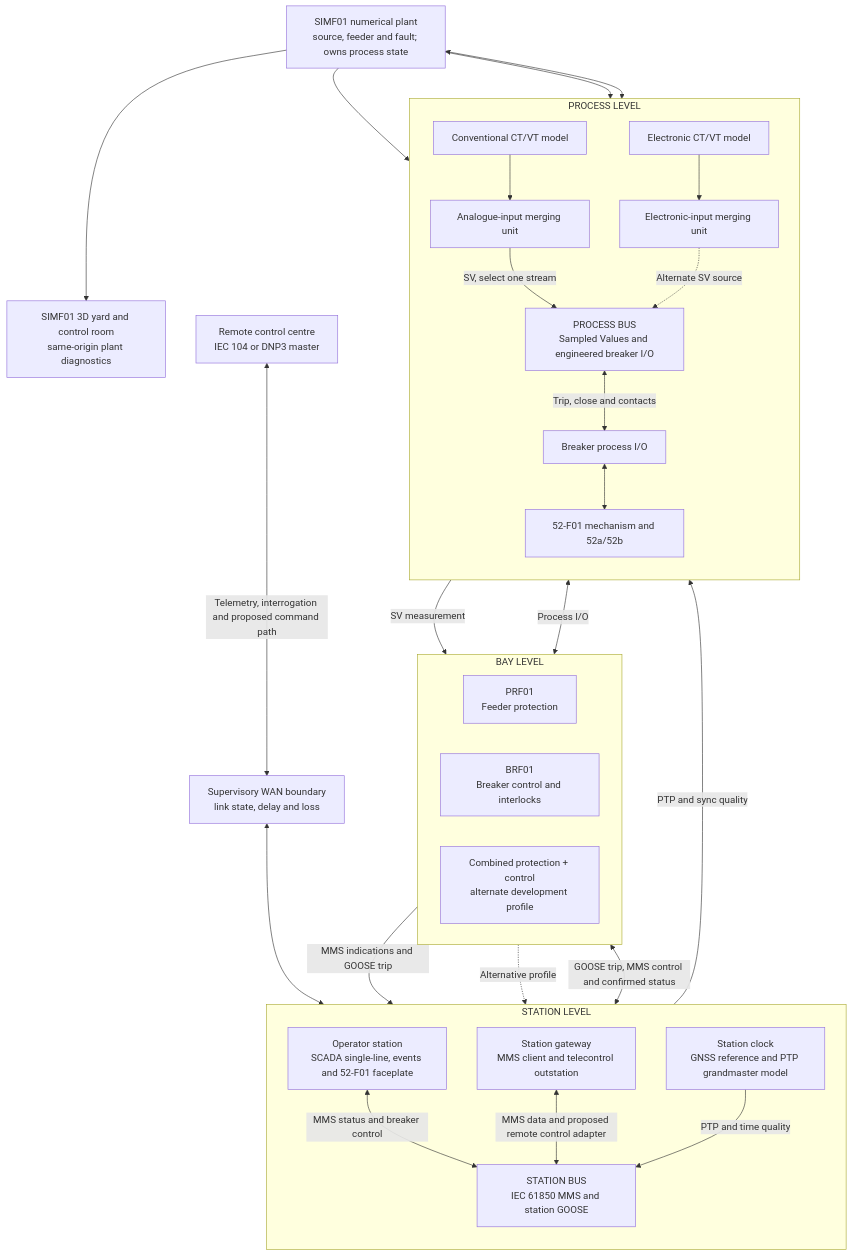
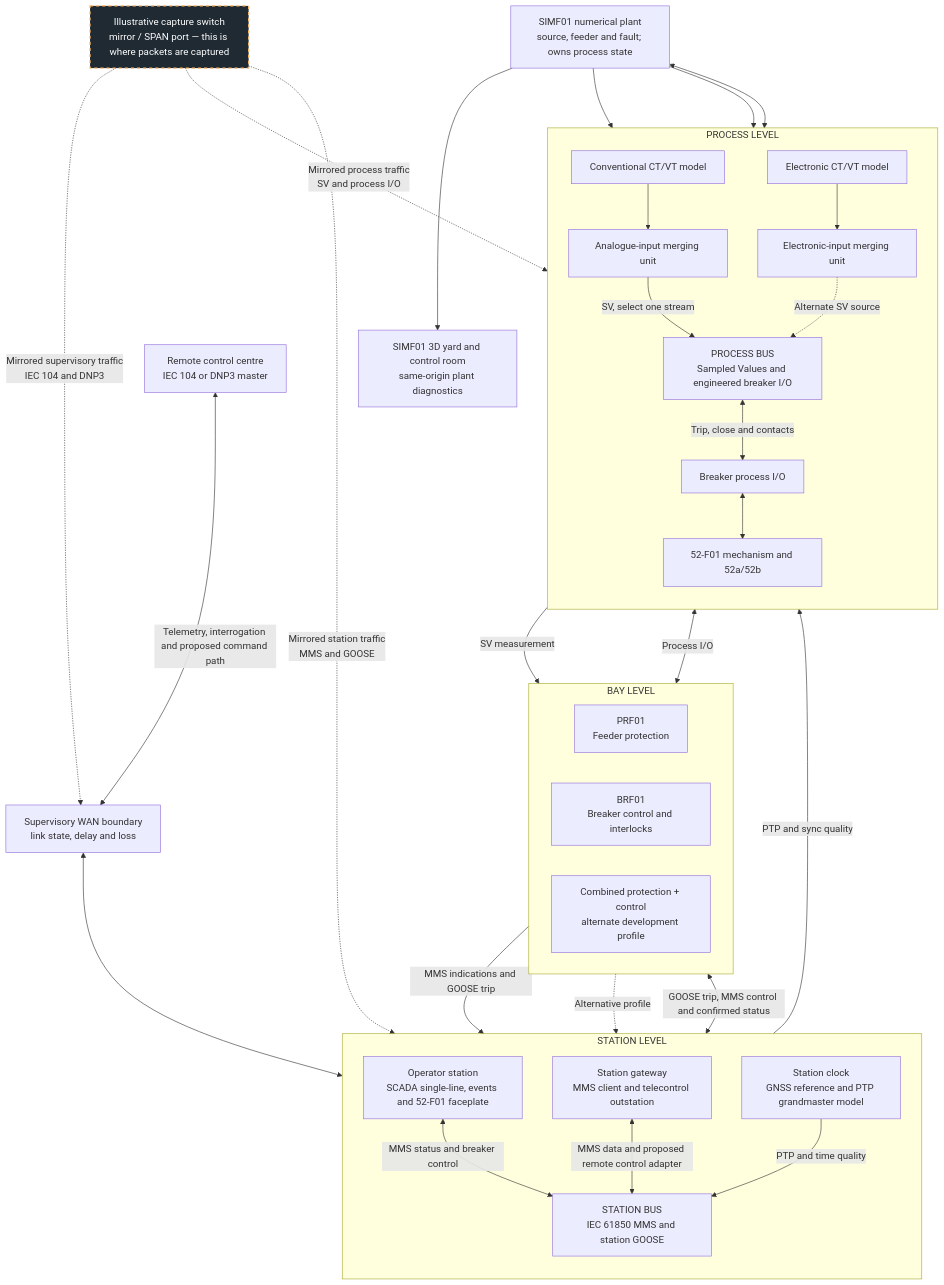
The first of 2 diagrams in docs/ss01-architecture.md (pg-ot/virtual_substation_OT), drawn with Mermaid before and after one commit. The commit also changed other lines of this file, not shown here.

Commit message:
Add illustrative capture switch to the architecture diagram
Adds a visually distinct node to the main architecture diagram
representing the mirror/SPAN port a physical substation switch would
expose, with dotted links to the station bus, process bus and
supervisory WAN boundary. A caption clarifies it is a narration aid:
SS-01 has no physical switch, and containers/capture-agent.mjs
reaches the same traffic by attaching tcpdump to each service's
Docker network namespace instead of a SPAN port. Lets an instructor
point at one spot on the diagram when explaining where packets are
captured during training.

````diff
--- a/docs/ss01-architecture.md
+++ b/docs/ss01-architecture.md
@@ -13,54 +13,62 @@
 ```mermaid
 flowchart TB
   CC["Remote control centre<br/>IEC 104 or DNP3 master"]
   WAN["Supervisory WAN boundary<br/>link state, delay and loss"]
   CC <-->|"Telemetry, interrogation and proposed command path"| WAN
 
   subgraph S["STATION LEVEL"]
     direction TB
     OPS["Operator station<br/>SCADA single-line, events and 52-F01 faceplate"]
     GW["Station gateway<br/>MMS client and telecontrol outstation"]
     CLOCK["Station clock<br/>GNSS reference and PTP grandmaster model"]
     SB["STATION BUS<br/>IEC 61850 MMS and station GOOSE"]
     OPS <-->|"MMS status and breaker control"| SB
     GW <-->|"MMS data and proposed remote control adapter"| SB
     CLOCK -->|"PTP and time quality"| SB
   end
   WAN <--> GW
 
   subgraph B["BAY LEVEL"]
     direction LR
     PR["PRF01<br/>Feeder protection"]
     BR["BRF01<br/>Breaker control and interlocks"]
     COMB["Combined protection + control<br/>alternate development profile"]
   end
   PR -->|"MMS indications and GOOSE trip"| SB
   SB <-->|"GOOSE trip, MMS control and confirmed status"| BR
   COMB -.->|"Alternative profile"| SB
 
   subgraph P["PROCESS LEVEL"]
     direction TB
     PB["PROCESS BUS<br/>Sampled Values and engineered breaker I/O"]
     MU1["Analogue-input merging unit"]
     MU2["Electronic-input merging unit"]
     BIO["Breaker process I/O"]
     CT1["Conventional CT/VT model"]
     CT2["Electronic CT/VT model"]
     CB["52-F01 mechanism and 52a/52b"]
     CT1 --> MU1
     CT2 --> MU2
     MU1 -->|"SV, select one stream"| PB
     MU2 -.->|"Alternate SV source"| PB
     PB <-->|"Trip, close and contacts"| BIO
     BIO <--> CB
   end
   PB -->|"SV measurement"| PR
   BR <-->|"Process I/O"| PB
   CLOCK -->|"PTP and sync quality"| PB
   PLANT["SIMF01 numerical plant<br/>source, feeder and fault; owns process state"]
   YARD["SIMF01 3D yard and control room<br/>same-origin plant diagnostics"]
   PLANT --> CT1
   PLANT --> CT2
   PLANT <--> CB
   PLANT --> YARD
+
+  CAP["Illustrative capture switch<br/>mirror / SPAN port — this is where packets are captured"]
+  CAP -.->|"Mirrored station traffic<br/>MMS and GOOSE"| SB
+  CAP -.->|"Mirrored process traffic<br/>SV and process I/O"| PB
+  CAP -.->|"Mirrored supervisory traffic<br/>IEC 104 and DNP3"| WAN
+
+  classDef capture fill:#1f2a33,stroke:#ffb86b,stroke-width:2px,stroke-dasharray:5 5,color:#fff;
+  class CAP capture;
 ```
````
